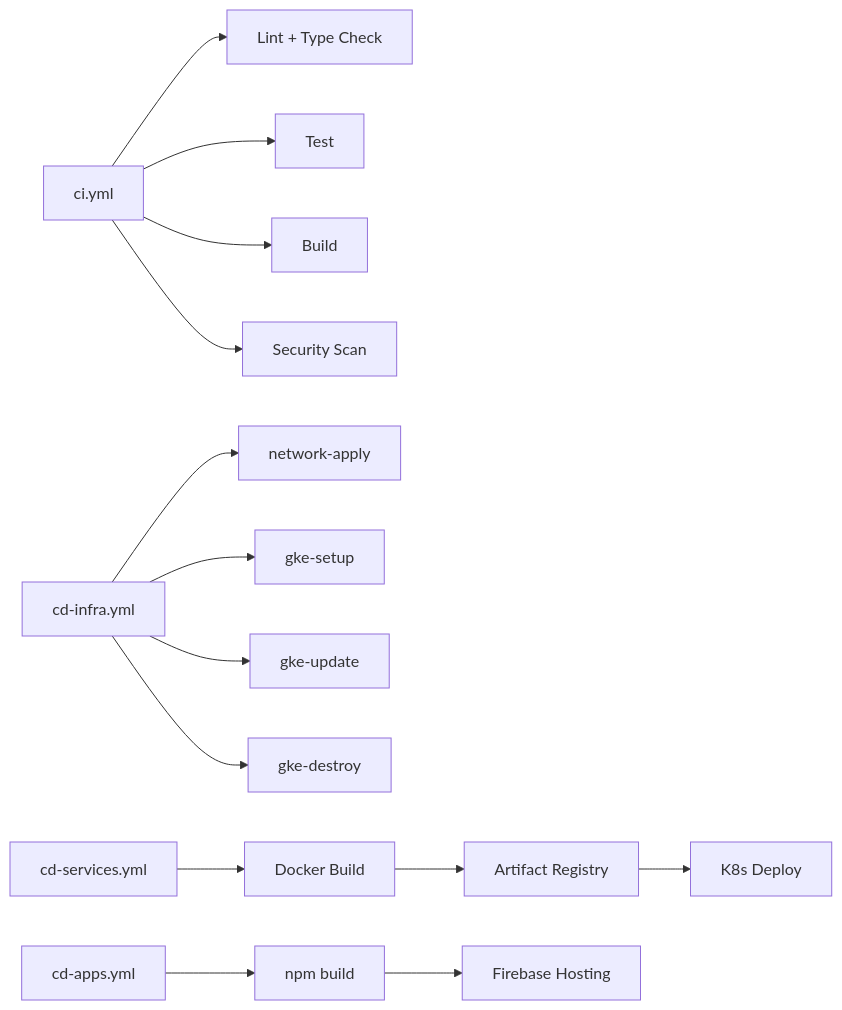
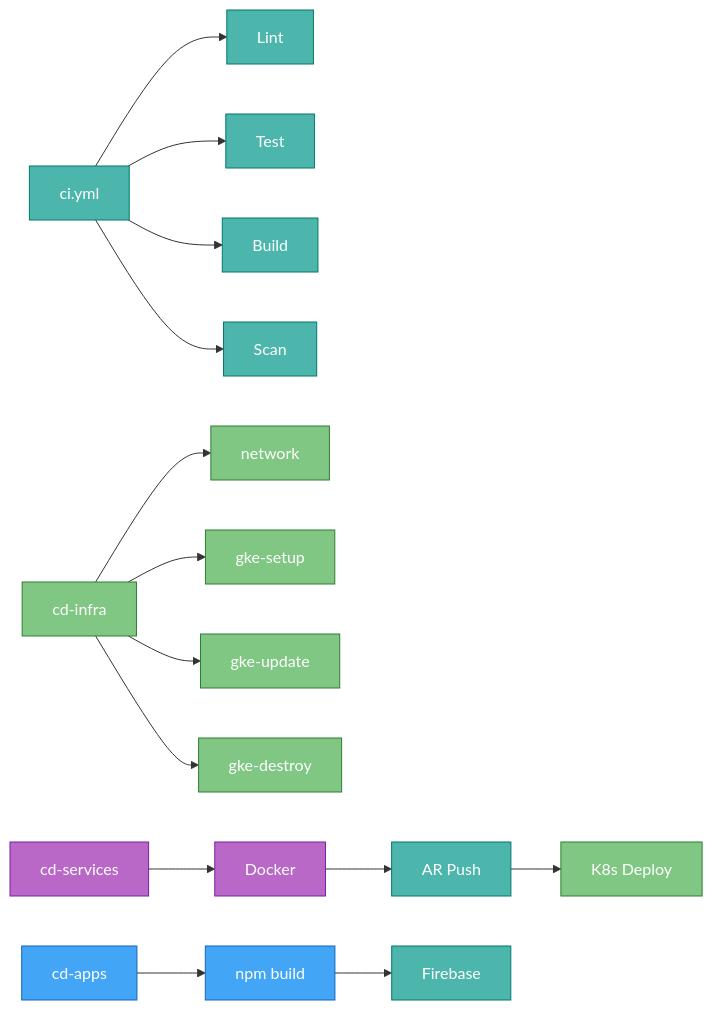
One commit to uniyous/parkgolf-platform changed the second of 2 diagrams in docs/architecture/INFRASTRUCTURE.md. Above: the diagram before and after it, drawn with Mermaid. The commit also changed other lines of this file and 5 other files, not shown here.

First line of the commit message:
docs: 다이어그램 체계 정비 및 문서 개선

````diff
--- a/docs/architecture/INFRASTRUCTURE.md
+++ b/docs/architecture/INFRASTRUCTURE.md
@@ -140,19 +155,31 @@
 ```mermaid
 graph LR
-    CI[ci.yml] --> LINT[Lint + Type Check]
-    CI --> TEST[Test]
-    CI --> BUILD[Build]
-    CI --> SCAN[Security Scan]
+    CI["ci.yml"] --> LINT["Lint"]
+    CI --> TEST["Test"]
+    CI --> BUILD["Build"]
+    CI --> SCAN["Scan"]
 
-    INFRA[cd-infra.yml] --> NET[network-apply]
-    INFRA --> SETUP[gke-setup]
-    INFRA --> UPDATE[gke-update]
-    INFRA --> DESTROY[gke-destroy]
+    INFRA_WF["cd-infra"] --> NET["network"]
+    INFRA_WF --> SETUP["gke-setup"]
+    INFRA_WF --> UPDATE["gke-update"]
+    INFRA_WF --> DESTROY["gke-destroy"]
 
-    SERVICES[cd-services.yml] --> DOCKER[Docker Build]
-    DOCKER --> AR[Artifact Registry]
-    AR --> DEPLOY[K8s Deploy]
+    SERVICES["cd-services"] --> DOCKER["Docker"]
+    DOCKER --> AR2["AR Push"]
+    AR2 --> DEPLOY["K8s Deploy"]
 
-    APPS[cd-apps.yml] --> VITE[npm build]
-    VITE --> FH[Firebase Hosting]
+    APPS["cd-apps"] --> VITE["npm build"]
+    VITE --> FH2["Firebase"]
+
+    classDef cicd fill:#4db6ac,stroke:#00796b,color:#fff
+    classDef k8s fill:#81c784,stroke:#2e7d32,color:#fff
+    classDef service fill:#ba68c8,stroke:#7b1fa2,color:#fff
+    classDef ingress fill:#42a5f5,stroke:#1565c0,color:#fff
+
+    class CI,LINT,TEST,BUILD,SCAN cicd
+    class INFRA_WF,NET,SETUP,UPDATE,DESTROY k8s
+    class SERVICES,DOCKER service
+    class AR2,FH2 cicd
+    class DEPLOY k8s
+    class APPS,VITE ingress
 ```
````
